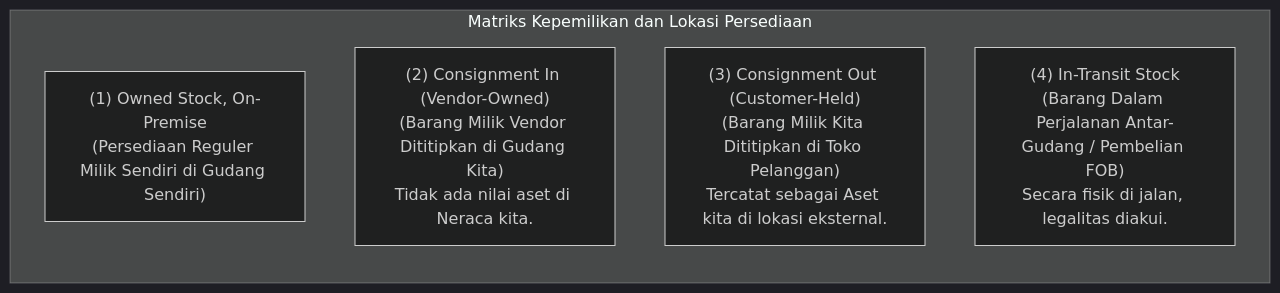
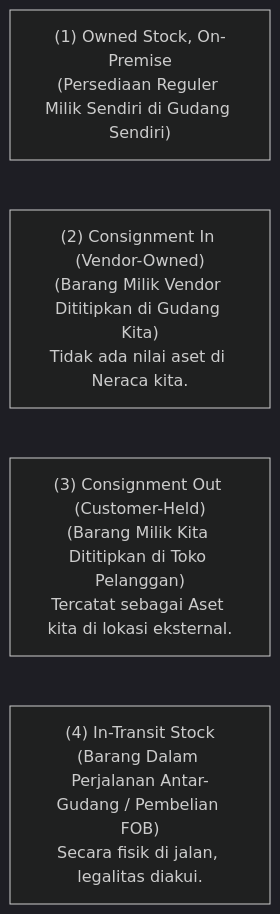
Before and after one commit to alimurrofid/erp-notes: the second of 2 diagrams in content/05-inventory/inventory-fundamentals.md, drawn with Mermaid (dark theme). The commit also changed other lines of this file and 58 other files, not shown here.

Commit message:
fix(content):Mermaid Subgraph

````diff
--- a/content/05-inventory/inventory-fundamentals.md
+++ b/content/05-inventory/inventory-fundamentals.md
@@ -74,9 +72,7 @@
 ```mermaid
 flowchart LR
-    subgraph Types["Matriks Kepemilikan dan Lokasi Persediaan"]
         Own1["(1) Owned Stock, On-Premise<br/>(Persediaan Reguler Milik Sendiri di Gudang Sendiri)"]
         Own2["(2) Consignment In (Vendor-Owned)<br/>(Barang Milik Vendor Dititipkan di Gudang Kita)<br/>Tidak ada nilai aset di Neraca kita."]
         Own3["(3) Consignment Out (Customer-Held)<br/>(Barang Milik Kita Dititipkan di Toko Pelanggan)<br/>Tercatat sebagai Aset kita di lokasi eksternal."]
         Own4["(4) In-Transit Stock<br/>(Barang Dalam Perjalanan Antar-Gudang / Pembelian FOB)<br/>Secara fisik di jalan, legalitas diakui."]
-    end
 ```
````
